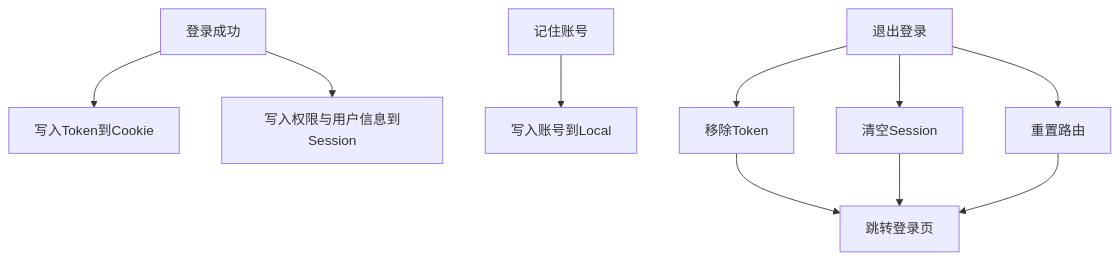
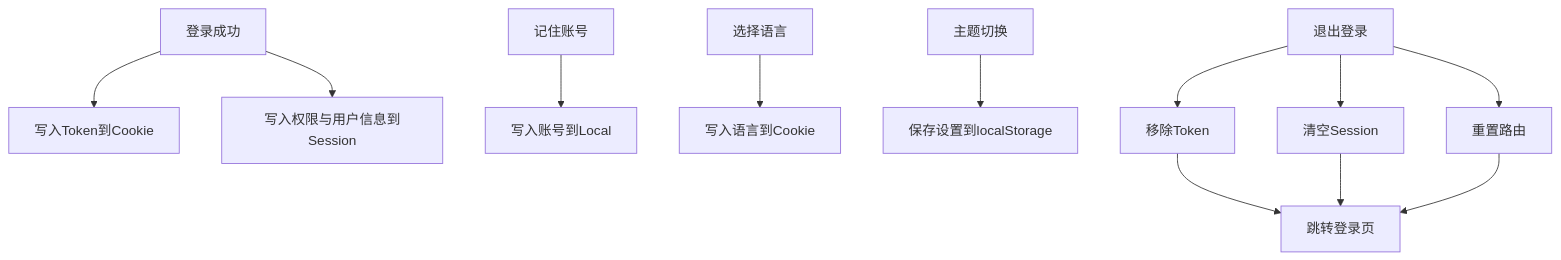
The eighth of 11 diagrams in .qoder/repowiki/zh/content/核心功能/用户认证与权限管理.md (Neveryu/vue-cms), drawn with Mermaid before and after one commit. The commit also changed other lines of this file and 25 other files, not shown here.

````diff
--- a/.qoder/repowiki/zh/content/核心功能/用户认证与权限管理.md
+++ b/.qoder/repowiki/zh/content/核心功能/用户认证与权限管理.md
@@ -266,12 +436,14 @@
 ```mermaid
 flowchart TD
 Login["登录成功"] --> SetCookie["写入Token到Cookie"]
 Login --> SetSession["写入权限与用户信息到Session"]
 Remember["记住账号"] --> SetLocal["写入账号到Local"]
+Language["选择语言"] --> SetLangCookie["写入语言到Cookie"]
+Theme["主题切换"] --> SaveSetting["保存设置到localStorage"]
 Logout["退出登录"] --> ClearCookie["移除Token"]
 Logout --> ClearSession["清空Session"]
 Logout --> ResetRouter["重置路由"]
 ClearCookie --> BackLogin["跳转登录页"]
 ClearSession --> BackLogin
 ResetRouter --> BackLogin
 ```
````
